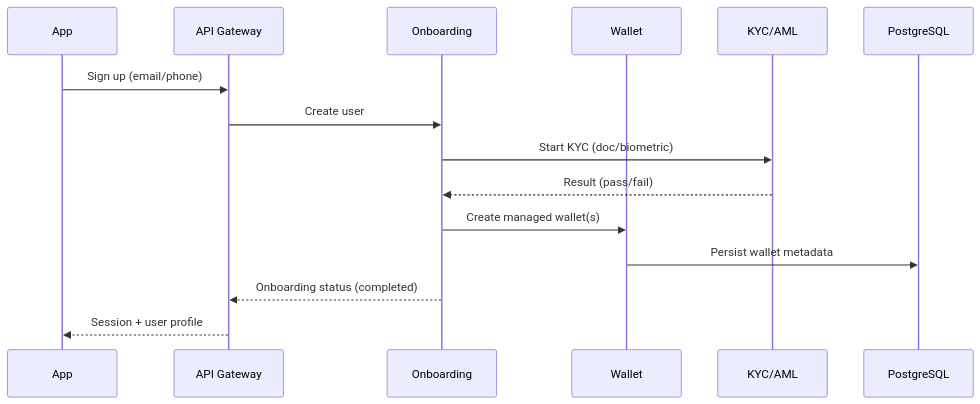
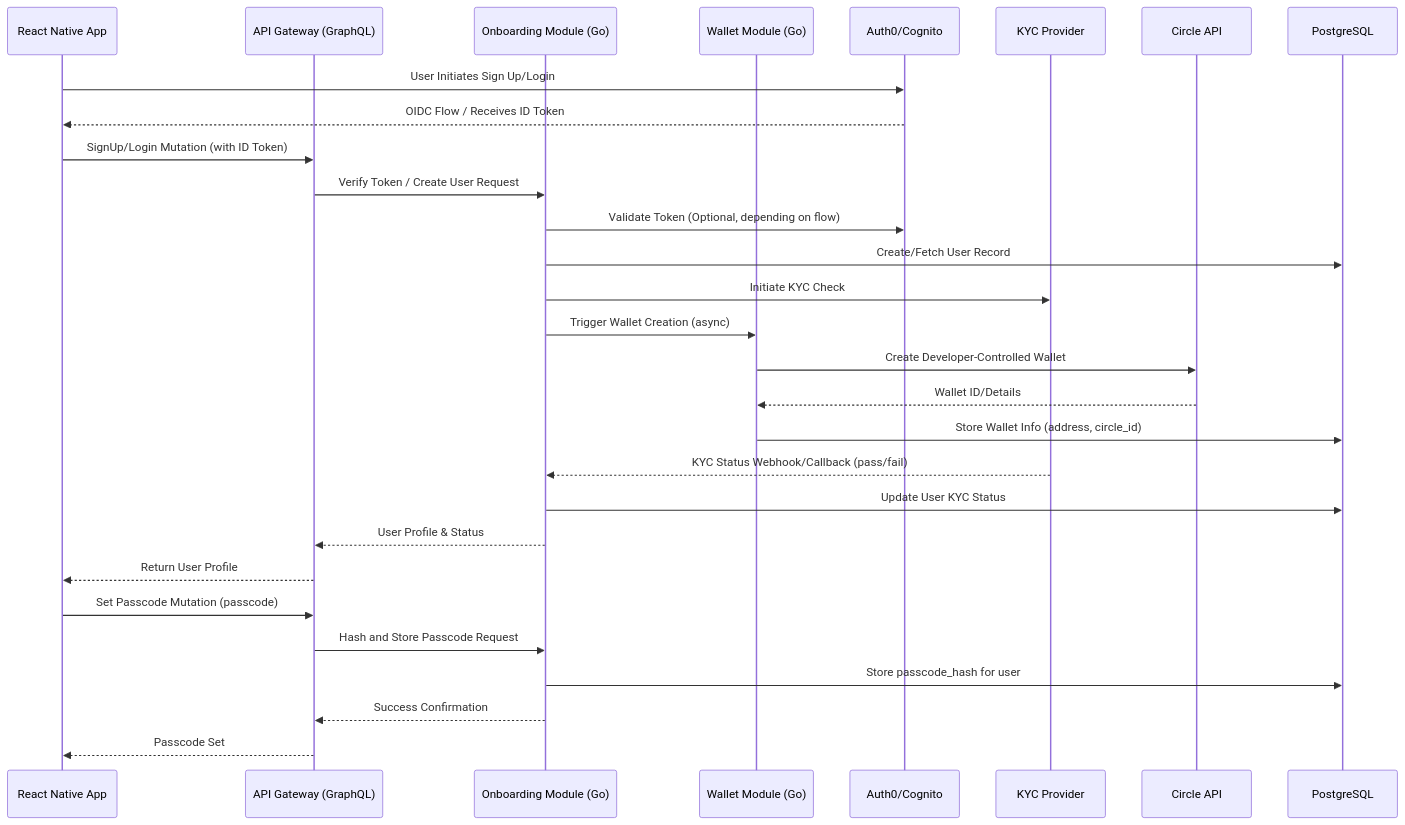
Before and after one commit to Sketchyjo/Rail-frontend: the third of 6 diagrams in docs/architecture.md, drawn with Mermaid. The commit also changed other lines of this file and 50 other files, not shown here.

First line of the commit message:
feat: update app configuration and enhance API client

````diff
--- a/docs/architecture.md
+++ b/docs/architecture.md
@@ -59,18 +364,34 @@
 ```mermaid
 sequenceDiagram
-  participant App
-  participant API as API Gateway
-  participant ONB as Onboarding
-  participant WAL as Wallet
-  participant KYC as KYC/AML
-  participant PG as PostgreSQL
+    participant App as React Native App
+    participant GW as API Gateway (GraphQL)
+    participant ONB as Onboarding Module (Go)
+    participant WAL as Wallet Module (Go)
+    participant IDP as Auth0/Cognito
+    participant KYC as KYC Provider
+    participant CIR as Circle API
+    participant PG as PostgreSQL
 
-  App->>API: Sign up (email/phone)
-  API->>ONB: Create user
-  ONB->>KYC: Start KYC (doc/biometric)
-  KYC-->>ONB: Result (pass/fail)
-  ONB->>WAL: Create managed wallet(s)
-  WAL->>PG: Persist wallet metadata
-  ONB-->>API: Onboarding status (completed)
-  API-->>App: Session + user profile
+    App->>IDP: User Initiates Sign Up/Login
+    IDP-->>App: OIDC Flow / Receives ID Token
+    App->>GW: SignUp/Login Mutation (with ID Token)
+    GW->>ONB: Verify Token / Create User Request
+    ONB->>IDP: Validate Token (Optional, depending on flow)
+    ONB->>PG: Create/Fetch User Record
+    ONB->>KYC: Initiate KYC Check
+    ONB->>WAL: Trigger Wallet Creation (async)
+    WAL->>CIR: Create Developer-Controlled Wallet
+    CIR-->>WAL: Wallet ID/Details
+    WAL->>PG: Store Wallet Info (address, circle_id)
+    KYC-->>ONB: KYC Status Webhook/Callback (pass/fail)
+    ONB->>PG: Update User KYC Status
+    ONB-->>GW: User Profile & Status
+    GW-->>App: Return User Profile
+
+    %% Passcode Setup (Separate Flow/Mutation) %%
+    App->>GW: Set Passcode Mutation (passcode)
+    GW->>ONB: Hash and Store Passcode Request
+    ONB->>PG: Store passcode_hash for user
+    ONB-->>GW: Success Confirmation
+    GW-->>App: Passcode Set
 ```
````
